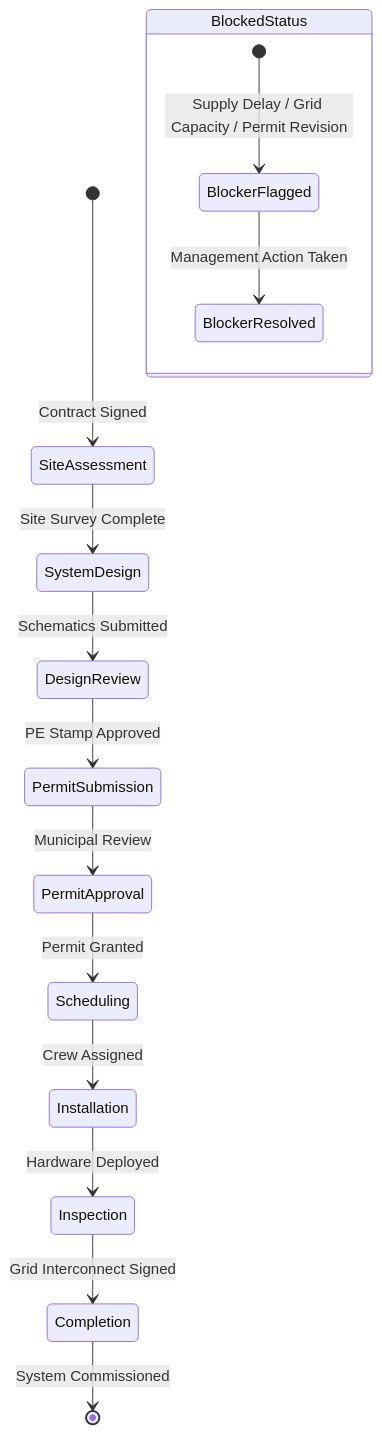
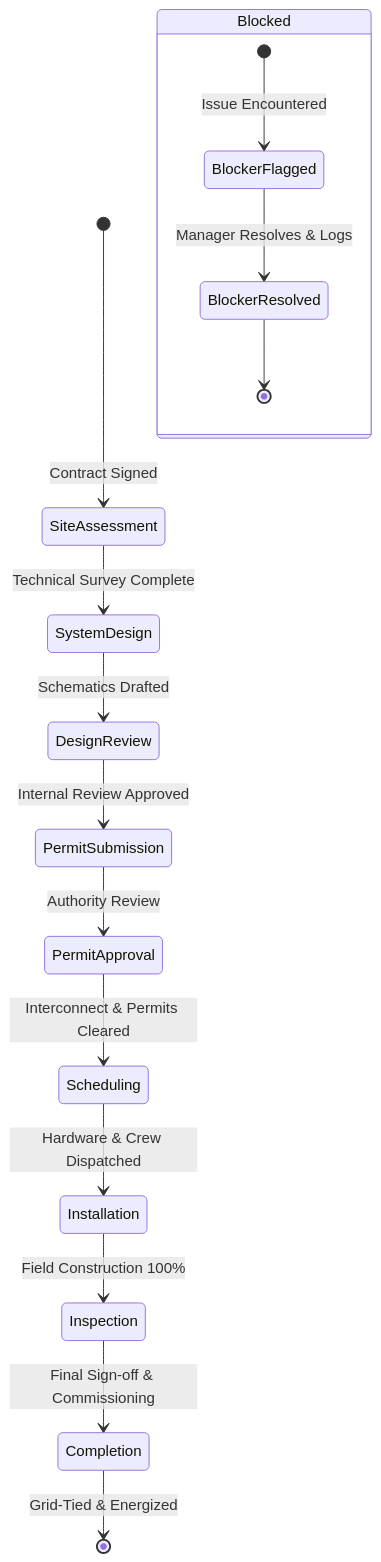
The second of 2 diagrams in README.md (Dhanya562004/energyops-workflow-platform), drawn with Mermaid before and after one commit. The commit also changed other lines of this file and 4 other files, not shown here.

````diff
--- a/README.md
+++ b/README.md
@@ -100,18 +111,19 @@
 ```mermaid
 stateDiagram-v2
     [*] --> SiteAssessment: Contract Signed
-    SiteAssessment --> SystemDesign: Site Survey Complete
-    SystemDesign --> DesignReview: Schematics Submitted
-    DesignReview --> PermitSubmission: PE Stamp Approved
-    PermitSubmission --> PermitApproval: Municipal Review
-    PermitApproval --> Scheduling: Permit Granted
-    Scheduling --> Installation: Crew Assigned
-    Installation --> Inspection: Hardware Deployed
-    Inspection --> Completion: Grid Interconnect Signed
-    Completion --> [*]: System Commissioned
+    SiteAssessment --> SystemDesign: Technical Survey Complete
+    SystemDesign --> DesignReview: Schematics Drafted
+    DesignReview --> PermitSubmission: Internal Review Approved
+    PermitSubmission --> PermitApproval: Authority Review
+    PermitApproval --> Scheduling: Interconnect & Permits Cleared
+    Scheduling --> Installation: Hardware & Crew Dispatched
+    Installation --> Inspection: Field Construction 100%
+    Inspection --> Completion: Final Sign-off & Commissioning
+    Completion --> [*]: Grid-Tied & Energized
 
-    state BlockedStatus {
-        [*] --> BlockerFlagged: Supply Delay / Grid Capacity / Permit Revision
-        BlockerFlagged --> BlockerResolved: Management Action Taken
+    state Blocked {
+        [*] --> BlockerFlagged: Issue Encountered
+        BlockerFlagged --> BlockerResolved: Manager Resolves & Logs
+        BlockerResolved --> [*]
     }
 ```
````
